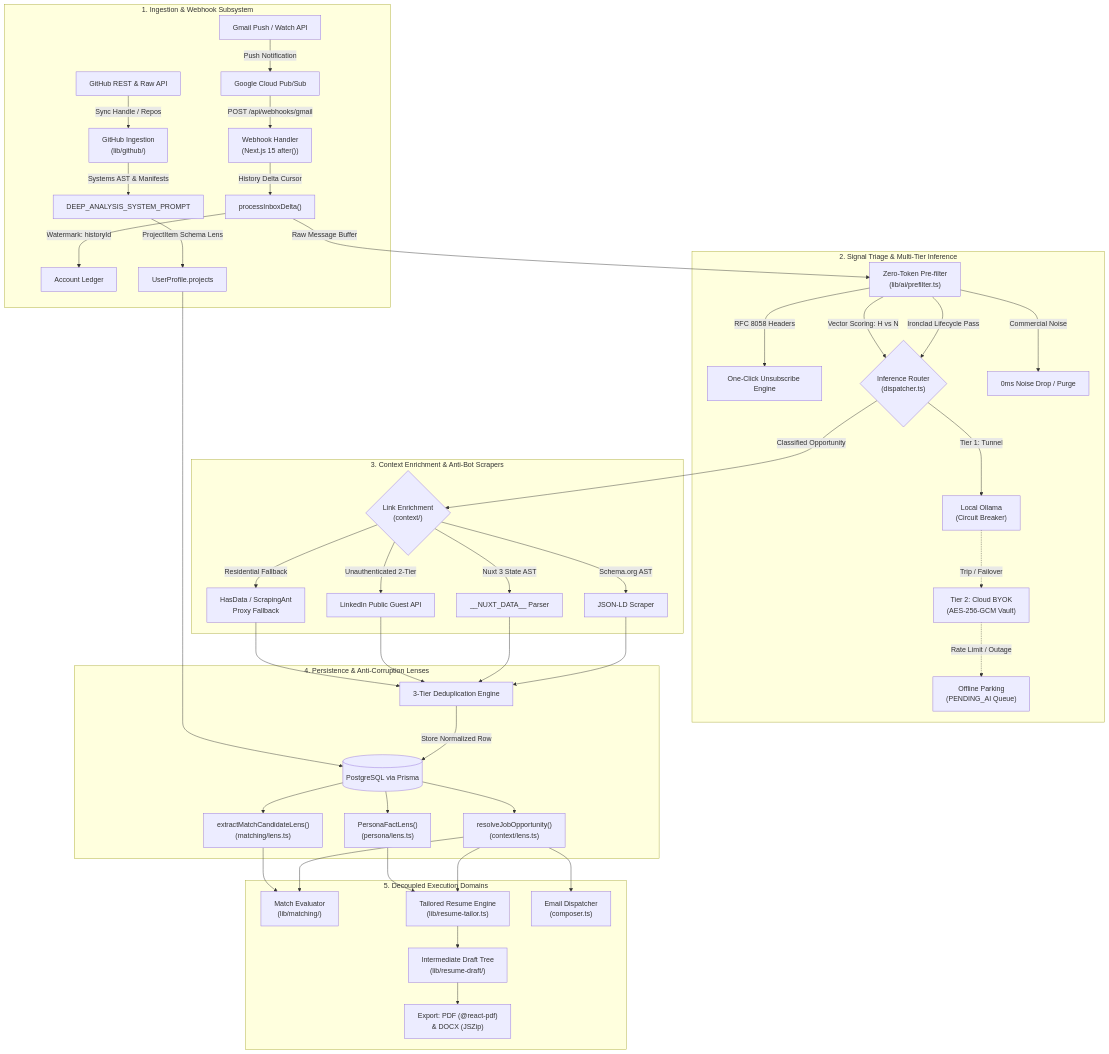
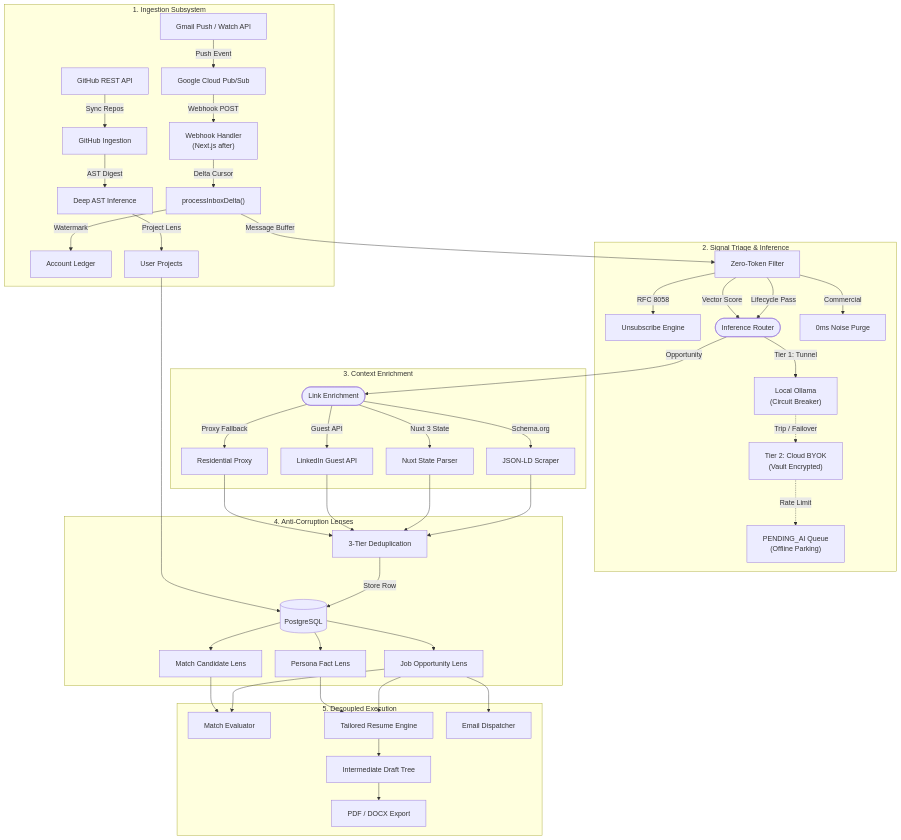
Before and after one commit to Marqlo-C/mailpilot: the first of 4 diagrams in README.md, drawn with Mermaid. The commit also changed other lines of this file, not shown here.

Commit message:
docs(readme): inject mermaid init padding directives and replace clipped diamond nodes with stadium shapes

````diff
--- a/README.md
+++ b/README.md
@@ -61,50 +61,51 @@
 ```mermaid
+%%{init: {'flowchart': {'padding': 18, 'nodeSpacing': 30, 'rankSpacing': 40}}}%%
 flowchart TD
-  subgraph Ingest["1. Ingestion & Webhook Subsystem"]
-    GW["Gmail Push / Watch API"] -->|Push Notification| PS["Google Cloud Pub/Sub"]
-    PS -->|POST /api/webhooks/gmail| WH["Webhook Handler<br/>(Next.js 15 after())"]
-    WH -->|History Delta Cursor| DT["processInboxDelta()"]
-    DT -->|Watermark: historyId| ACC["Account Ledger"]
+  subgraph Ingest["1. Ingestion Subsystem"]
+    GW["Gmail Push / Watch API"] -->|Push Event| PS["Google Cloud Pub/Sub"]
+    PS -->|Webhook POST| WH["Webhook Handler<br/>(Next.js after)"]
+    WH -->|Delta Cursor| DT["processInboxDelta()"]
+    DT -->|Watermark| ACC["Account Ledger"]
 
-    GH["GitHub REST & Raw API"] -->|Sync Handle / Repos| GHI["GitHub Ingestion<br/>(lib/github/)"]
-    GHI -->|Systems AST & Manifests| GHP["DEEP_ANALYSIS_SYSTEM_PROMPT"]
-    GHP -->|ProjectItem Schema Lens| UPJ["UserProfile.projects"]
+    GH["GitHub REST API"] -->|Sync Repos| GHI["GitHub Ingestion"]
+    GHI -->|AST Digest| GHP["Deep AST Inference"]
+    GHP -->|Project Lens| UPJ["User Projects"]
   end
 
-  subgraph Triage["2. Signal Triage & Multi-Tier Inference"]
-    DT -->|Raw Message Buffer| PF["Zero-Token Pre-filter<br/>(lib/ai/prefilter.ts)"]
-    PF -->|RFC 8058 Headers| UNSUB["One-Click Unsubscribe Engine"]
-    PF -->|Ironclad Lifecycle Pass| ROUTER{"Inference Router<br/>(dispatcher.ts)"}
-    PF -->|Vector Scoring: H vs N| ROUTER
-    PF -->|Commercial Noise| DROP["0ms Noise Drop / Purge"]
+  subgraph Triage["2. Signal Triage & Inference"]
+    DT -->|Message Buffer| PF["Zero-Token Filter"]
+    PF -->|RFC 8058| UNSUB["Unsubscribe Engine"]
+    PF -->|Lifecycle Pass| ROUTER(["Inference Router"])
+    PF -->|Vector Score| ROUTER
+    PF -->|Commercial| DROP["0ms Noise Purge"]
 
     ROUTER -->|Tier 1: Tunnel| OLL["Local Ollama<br/>(Circuit Breaker)"]
-    OLL -.->|Trip / Failover| BYOK["Tier 2: Cloud BYOK<br/>(AES-256-GCM Vault)"]
-    BYOK -.->|Rate Limit / Outage| PARK["Offline Parking<br/>(PENDING_AI Queue)"]
+    OLL -.->|Trip / Failover| BYOK["Tier 2: Cloud BYOK<br/>(Vault Encrypted)"]
+    BYOK -.->|Rate Limit| PARK["PENDING_AI Queue<br/>(Offline Parking)"]
   end
 
-  subgraph Context["3. Context Enrichment & Anti-Bot Scrapers"]
-    ROUTER -->|Classified Opportunity| ENRICH{"Link Enrichment<br/>(context/)"}
-    ENRICH -->|Schema.org AST| JLD["JSON-LD Scraper"]
-    ENRICH -->|Nuxt 3 State AST| NUXT["__NUXT_DATA__ Parser"]
-    ENRICH -->|Unauthenticated 2-Tier| LI["LinkedIn Public Guest API"]
-    ENRICH -->|Residential Fallback| PROXY["HasData / ScrapingAnt<br/>Proxy Fallback"]
+  subgraph Context["3. Context Enrichment"]
+    ROUTER -->|Opportunity| ENRICH(["Link Enrichment"])
+    ENRICH -->|Schema.org| JLD["JSON-LD Scraper"]
+    ENRICH -->|Nuxt 3 State| NUXT["Nuxt State Parser"]
+    ENRICH -->|Guest API| LI["LinkedIn Guest API"]
+    ENRICH -->|Proxy Fallback| PROXY["Residential Proxy"]
   end
 
-  subgraph Lens["4. Persistence & Anti-Corruption Lenses"]
-    JLD & NUXT & LI & PROXY --> DED["3-Tier Deduplication Engine"]
-    DED -->|Store Normalized Row| DB[("PostgreSQL via Prisma")]
+  subgraph Lens["4. Anti-Corruption Lenses"]
+    JLD & NUXT & LI & PROXY --> DED["3-Tier Deduplication"]
+    DED -->|Store Row| DB[("PostgreSQL")]
     UPJ --> DB
-    DB --> RJO["resolveJobOpportunity()<br/>(context/lens.ts)"]
-    DB --> MCL["extractMatchCandidateLens()<br/>(matching/lens.ts)"]
-    DB --> PFL["PersonaFactLens()<br/>(persona/lens.ts)"]
+    DB --> RJO["Job Opportunity Lens"]
+    DB --> MCL["Match Candidate Lens"]
+    DB --> PFL["Persona Fact Lens"]
   end
 
-  subgraph Consumer["5. Decoupled Execution Domains"]
-    RJO & MCL --> MATCH["Match Evaluator<br/>(lib/matching/)"]
-    RJO & PFL --> TAILOR["Tailored Resume Engine<br/>(lib/resume-tailor.ts)"]
-    RJO --> DISP["Email Dispatcher<br/>(composer.ts)"]
-    TAILOR --> DRAFT["Intermediate Draft Tree<br/>(lib/resume-draft/)"]
-    DRAFT --> EXPORT["Export: PDF (@react-pdf)<br/>& DOCX (JSZip)"]
+  subgraph Consumer["5. Decoupled Execution"]
+    RJO & MCL --> MATCH["Match Evaluator"]
+    RJO & PFL --> TAILOR["Tailored Resume Engine"]
+    RJO --> DISP["Email Dispatcher"]
+    TAILOR --> DRAFT["Intermediate Draft Tree"]
+    DRAFT --> EXPORT["PDF / DOCX Export"]
   end
 ```
````
